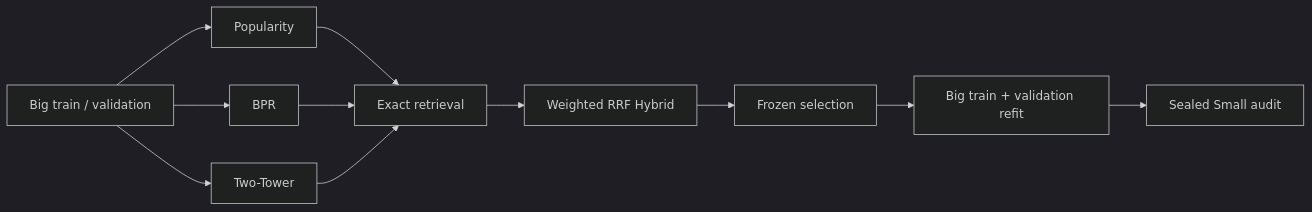
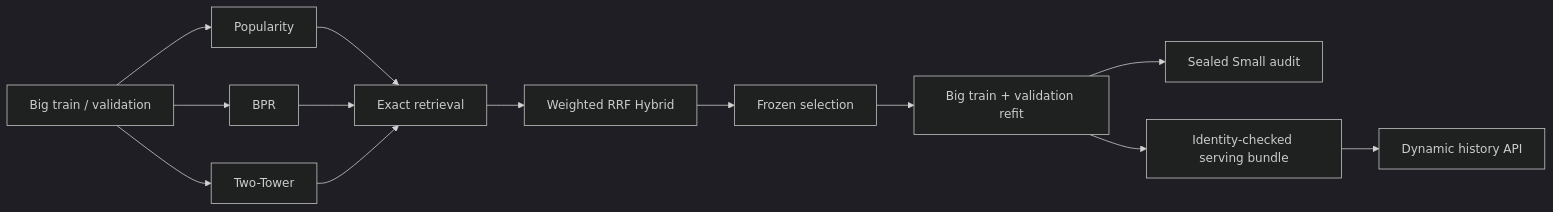
Before and after one commit to Rockyeast/short-video-two-tower-recommender: the diagram in README.md, drawn with Mermaid (dark theme). The commit also changed other lines of this file and 7 other files, not shown here.

````diff
--- a/README.md
+++ b/README.md
@@ -36,13 +36,15 @@
 ```mermaid
 flowchart LR
     A[Big train / validation] --> B[Popularity]
     A --> C[BPR]
     A --> D[Two-Tower]
     B --> E[Exact retrieval]
     C --> E
     D --> E
     E --> F[Weighted RRF Hybrid]
     F --> G[Frozen selection]
     G --> H[Big train + validation refit]
     H --> I[Sealed Small audit]
+    H --> J[Identity-checked serving bundle]
+    J --> K[Dynamic history API]
 ```
````
